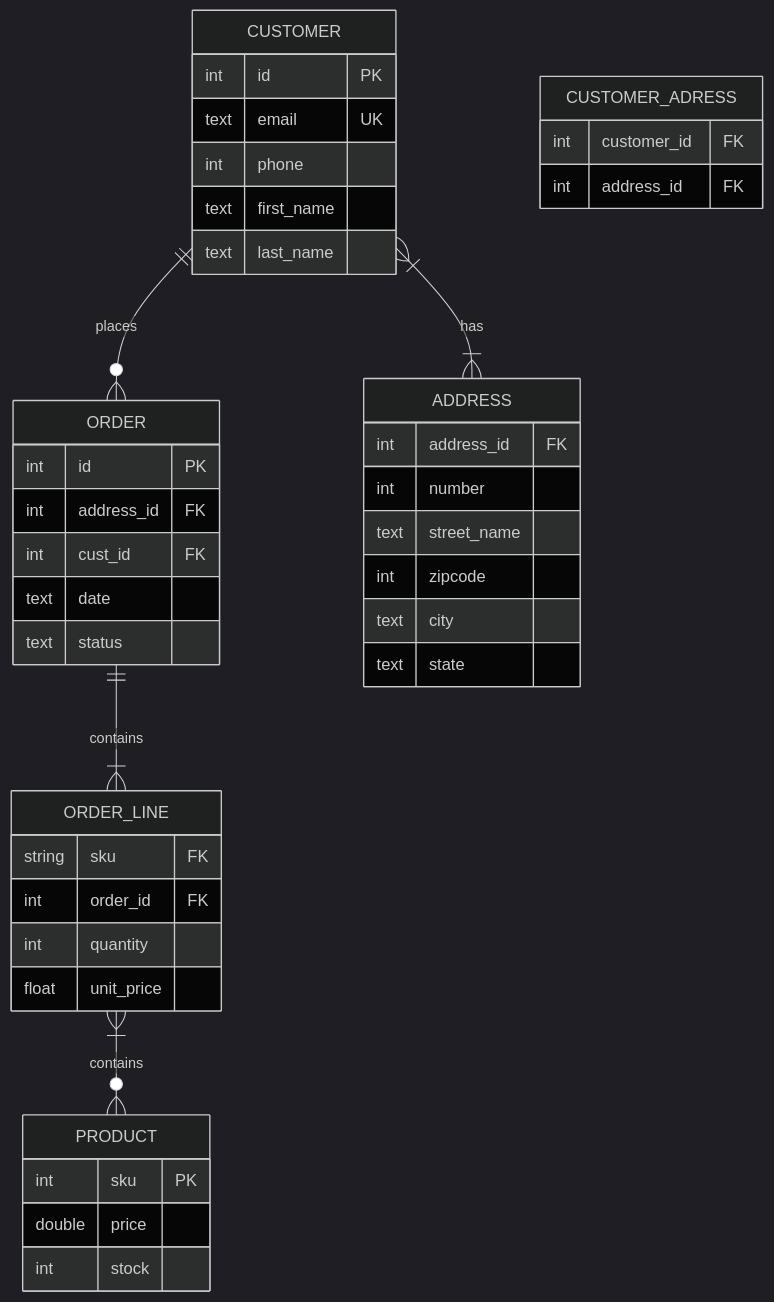
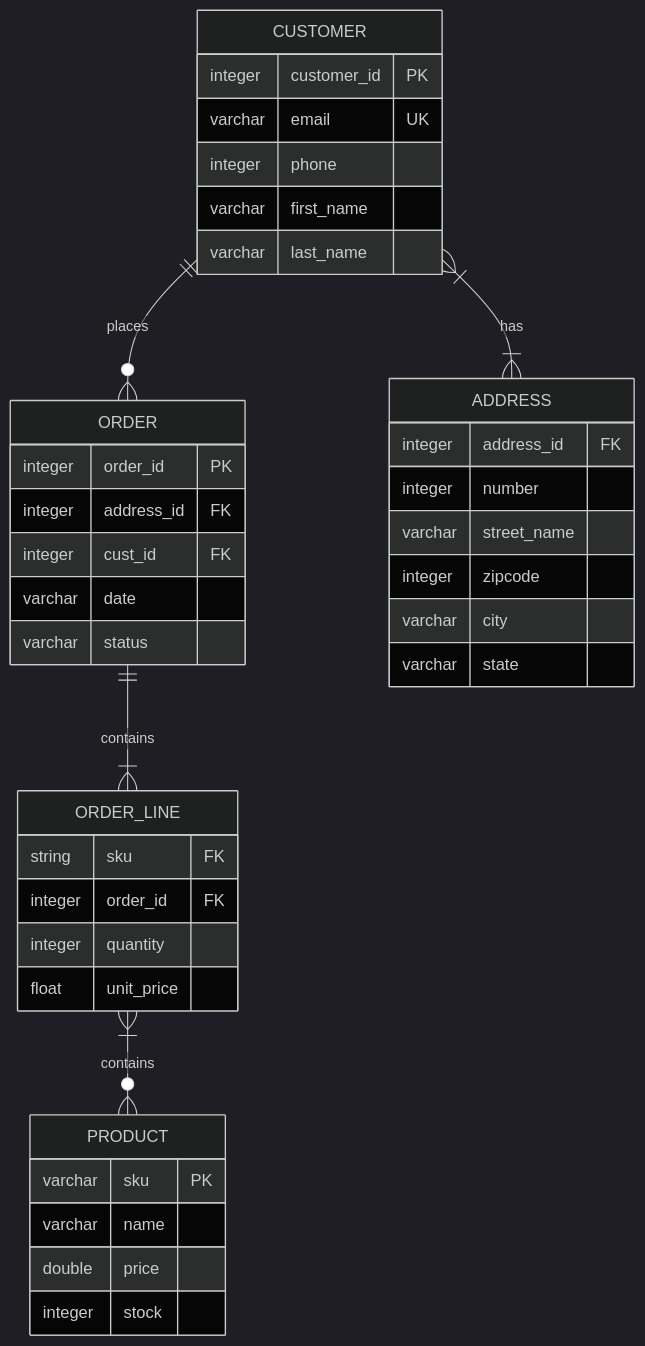
One commit to TRNG-00002423/kaitlyn_revature_repo changed the diagram in exercises/week_4/exercise_schema_design/ecommerce_erd.mermaid. Above: the diagram before and after it, drawn with Mermaid (dark theme). The commit also changed 2 other files, not shown here.

Commit message:
initial draft for exercise_ddl_dml schema

```diff
--- a/exercises/week_4/exercise_schema_design/ecommerce_erd.mermaid
+++ b/exercises/week_4/exercise_schema_design/ecommerce_erd.mermaid
@@ -1,42 +1,40 @@
 erDiagram
     CUSTOMER ||--o{ ORDER : places
     CUSTOMER {
-        int id PK
-        text email UK
-        int phone
-        text first_name
-        text last_name
+        integer customer_id PK
+        varchar email UK
+        integer phone
+        varchar first_name
+        varchar last_name
     }
     ORDER {
-        int id PK
-        int address_id FK
-        int cust_id FK
-        text date
-        text status
+        integer order_id PK
+        integer address_id FK
+        integer cust_id FK
+        varchar date
+        varchar status
     }
     ORDER_LINE {
         string sku FK
-        int order_id FK
-        int quantity
+        integer order_id FK
+        integer quantity
         float unit_price
     }
     PRODUCT {
-        int sku PK
+        varchar sku PK
+        varchar name
         double price
-        int stock
+        integer stock
     }
     ADDRESS {
-        int address_id FK
-        int number
-        text street_name
-        int zipcode
-        text city
-        text state
+        integer address_id FK
+        integer number
+        varchar street_name
+        integer zipcode
+        varchar city
+        varchar state
     }
-    CUSTOMER_ADRESS {
-        int customer_id FK
-        int address_id FK
-    }
+
     ORDER ||--|{ ORDER_LINE : contains
     ORDER_LINE |{--}o PRODUCT: contains
     CUSTOMER |{--}| ADDRESS: has
```
